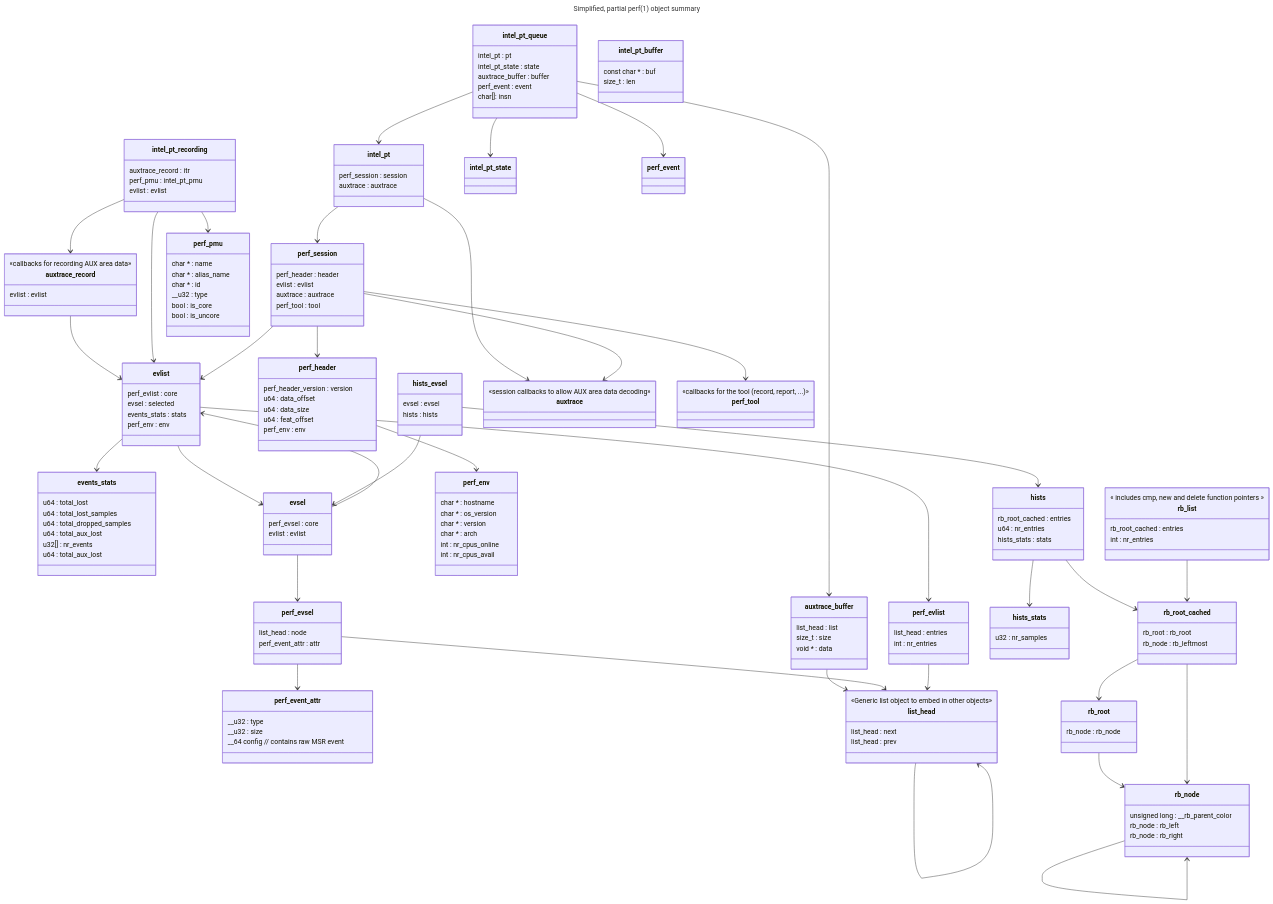
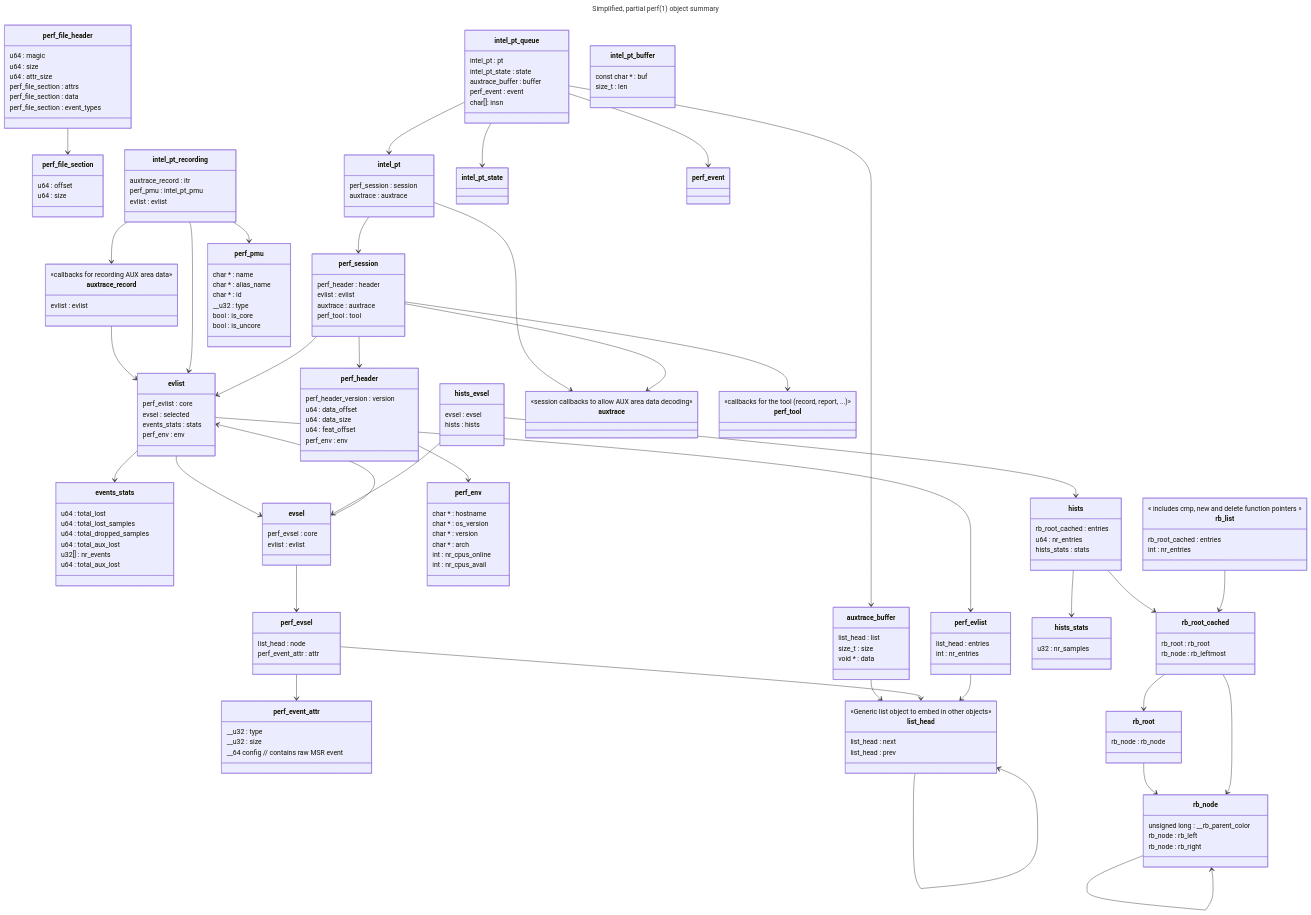
One commit to jamesodhunt/foo changed the diagram in mermaid-classes-2.md. Above: the diagram before and after it, drawn with Mermaid.

```diff
--- a/mermaid-classes-2.md
+++ b/mermaid-classes-2.md
@@ -53,6 +53,20 @@
       u64 : data_size
       u64 : feat_offset
       perf_env : env
+    }
+
+    class perf_file_header {
+      u64 : magic
+      u64 : size
+      u64 : attr_size
+      perf_file_section : attrs
+      perf_file_section : data
+      perf_file_section : event_types
+    }
+
+    class perf_file_section {
+      u64 : offset
+      u64 : size
     }
 
     class perf_env {
@@ -198,6 +212,8 @@
 
     perf_evlist --> list_head
 
+    perf_file_header --> perf_file_section
+
     perf_header --> perf_env
 
     perf_session --> perf_header
```
